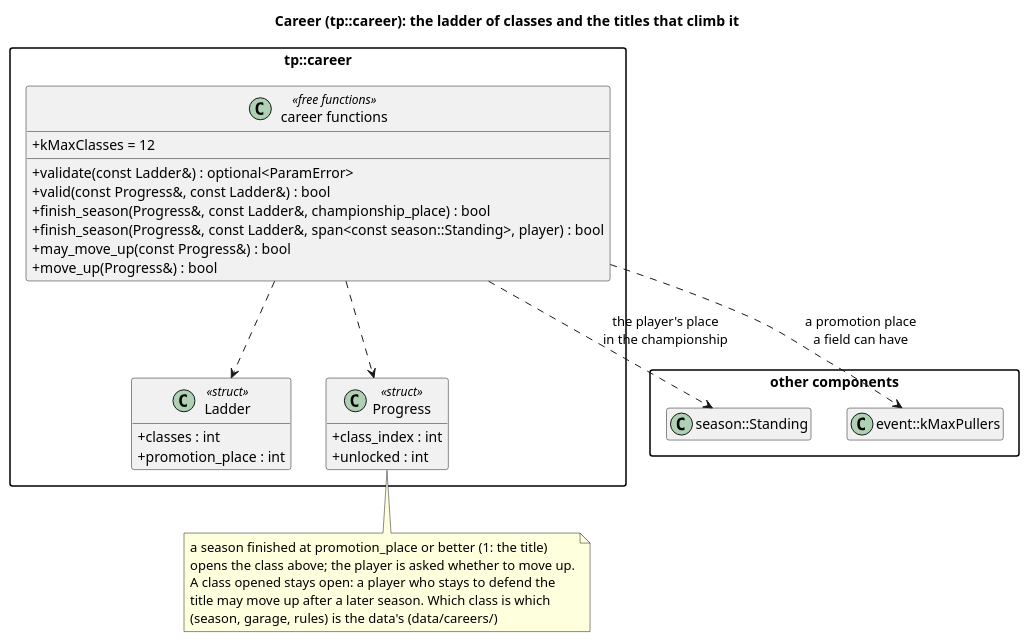
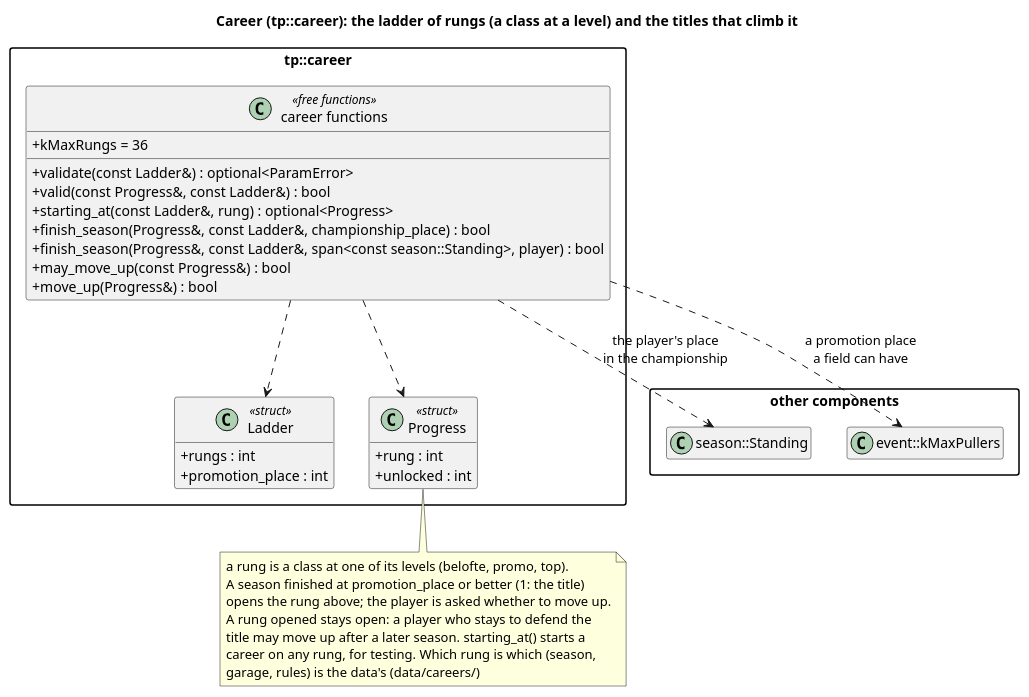
The diagram in docs/diagrams/career_classes.puml (wversteeg/TractorPulling), drawn with PlantUML before and after one commit. The commit also changed 14 other files, not shown here.

First line of the commit message:
Document the levels, the finer garage and the start for testing

```diff
--- a/docs/diagrams/career_classes.puml
+++ b/docs/diagrams/career_classes.puml
@@ -1,42 +1,45 @@
 @startuml career_classes
-title Career (tp::career): the ladder of classes and the titles that climb it
+title Career (tp::career): the ladder of rungs (a class at a level) and the titles that climb it
 hide empty members
 skinparam packageStyle rectangle
 skinparam classAttributeIconSize 0
 
 package "other components" {
   class "season::Standing" as SeasonStanding
   class "event::kMaxPullers" as MaxPullers
 }
 
 package "tp::career" {
   class Ladder <<struct>> {
-    +classes : int
+    +rungs : int
     +promotion_place : int
   }
   class Progress <<struct>> {
-    +class_index : int
+    +rung : int
     +unlocked : int
   }
   class "career functions" as CareerFns <<free functions>> {
-    +kMaxClasses = 12
+    +kMaxRungs = 36
     +validate(const Ladder&) : optional<ParamError>
     +valid(const Progress&, const Ladder&) : bool
+    +starting_at(const Ladder&, rung) : optional<Progress>
     +finish_season(Progress&, const Ladder&, championship_place) : bool
     +finish_season(Progress&, const Ladder&, span<const season::Standing>, player) : bool
     +may_move_up(const Progress&) : bool
     +move_up(Progress&) : bool
   }
   CareerFns ..> Ladder
   CareerFns ..> Progress
 }
 CareerFns ..> SeasonStanding : the player's place\nin the championship
 CareerFns ..> MaxPullers : a promotion place\na field can have
 note bottom of Progress
-  a season finished at promotion_place or better (1: the title)
-  opens the class above; the player is asked whether to move up.
-  A class opened stays open: a player who stays to defend the
-  title may move up after a later season. Which class is which
-  (season, garage, rules) is the data's (data/careers/)
+  a rung is a class at one of its levels (belofte, promo, top).
+  A season finished at promotion_place or better (1: the title)
+  opens the rung above; the player is asked whether to move up.
+  A rung opened stays open: a player who stays to defend the
+  title may move up after a later season. starting_at() starts a
+  career on any rung, for testing. Which rung is which (season,
+  garage, rules) is the data's (data/careers/)
 end note
 @enduml
```
